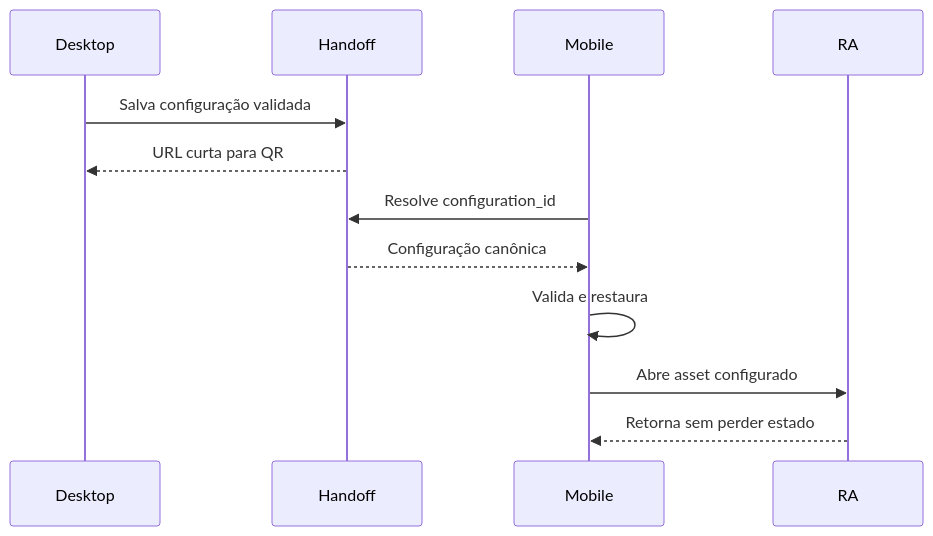
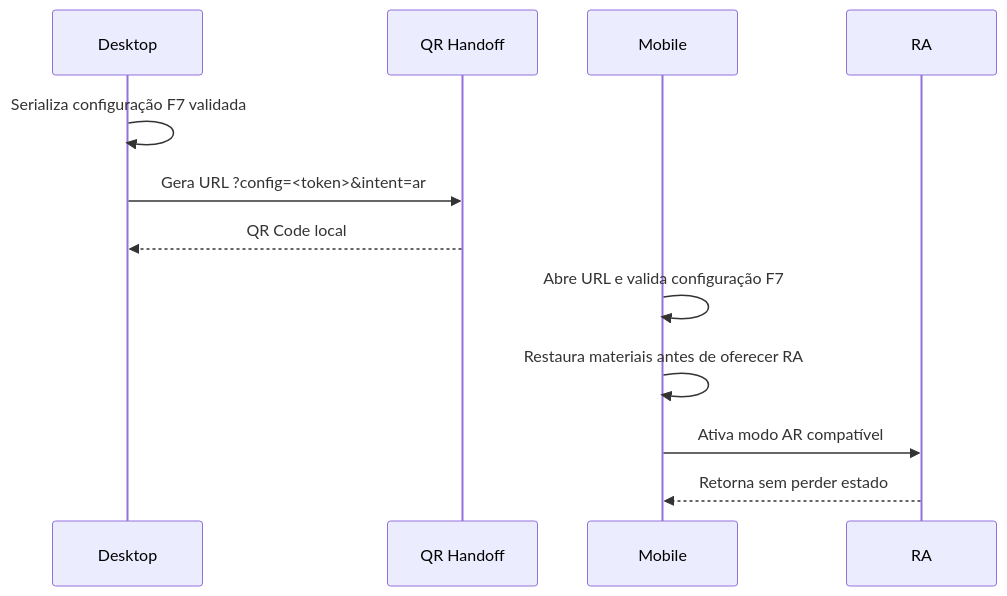
Before and after one commit to KARV-LP/configurador-3d: the diagram in docs/AR-CONTRACT.md, drawn with Mermaid. The commit also changed other lines of this file and 20 other files, not shown here.

First line of the commit message:
[F6] Implementar RA integrada + handoff por QR Code

````diff
--- a/docs/AR-CONTRACT.md
+++ b/docs/AR-CONTRACT.md
@@ -26,14 +23,14 @@
 ```mermaid
 sequenceDiagram
     participant D as Desktop
-    participant H as Handoff
+    participant Q as QR Handoff
     participant M as Mobile
     participant R as RA
-    D->>H: Salva configuração validada
-    H-->>D: URL curta para QR
-    M->>H: Resolve configuration_id
-    H-->>M: Configuração canônica
-    M->>M: Valida e restaura
-    M->>R: Abre asset configurado
+    D->>D: Serializa configuração F7 validada
+    D->>Q: Gera URL ?config=<token>&intent=ar
+    Q-->>D: QR Code local
+    M->>M: Abre URL e valida configuração F7
+    M->>M: Restaura materiais antes de oferecer RA
+    M->>R: Ativa modo AR compatível
     R-->>M: Retorna sem perder estado
 ```
````
